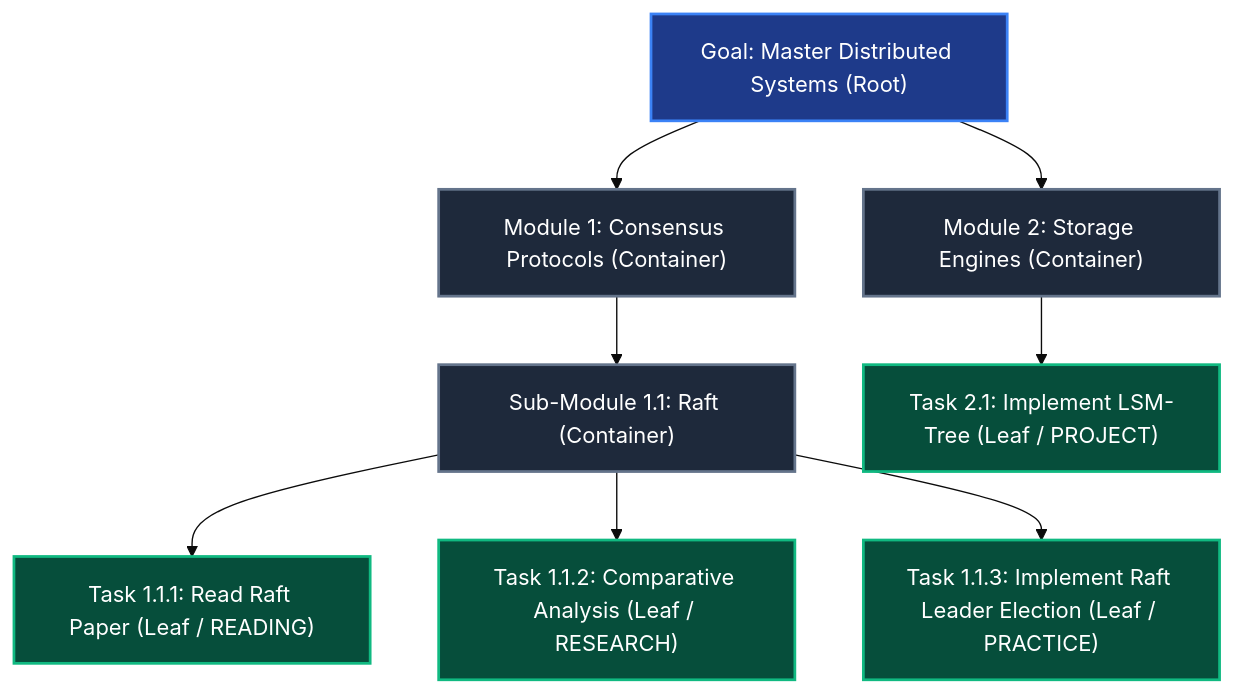
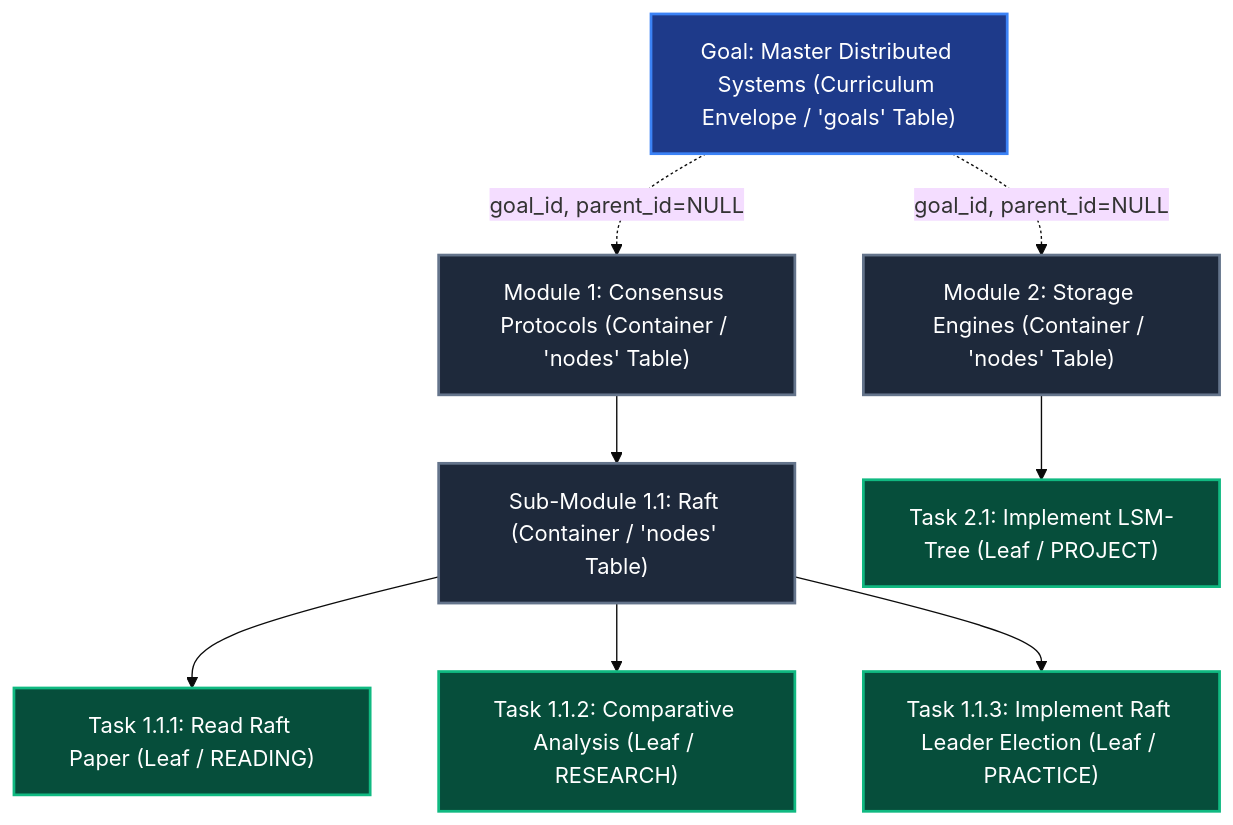
One commit to MaksymKorniienko/learning_management_system changed the second of 4 diagrams in spec/srs.md. Above: the diagram before and after it, drawn with Mermaid (base theme). The commit also changed other lines of this file and 1 other file, not shown here.

````diff
--- a/spec/srs.md
+++ b/spec/srs.md
@@ -401,28 +401,28 @@
 ```mermaid
 graph TD
-    Goal["Goal: Master Distributed Systems (Root)"]
-    Module1["Module 1: Consensus Protocols (Container)"]
-    Module2["Module 2: Storage Engines (Container)"]
-    SubMod1["Sub-Module 1.1: Raft (Container)"]
+    Goal["Goal: Master Distributed Systems (Curriculum Envelope / 'goals' Table)"]
+    Module1["Module 1: Consensus Protocols (Container / 'nodes' Table)"]
+    Module2["Module 2: Storage Engines (Container / 'nodes' Table)"]
+    SubMod1["Sub-Module 1.1: Raft (Container / 'nodes' Table)"]
     
     Task1["Task 1.1.1: Read Raft Paper (Leaf / READING)"]
     Task2["Task 1.1.2: Comparative Analysis (Leaf / RESEARCH)"]
     Task3["Task 1.1.3: Implement Raft Leader Election (Leaf / PRACTICE)"]
     Task4["Task 2.1: Implement LSM-Tree (Leaf / PROJECT)"]
 
-    Goal --> Module1
-    Goal --> Module2
+    Goal -.->|goal_id, parent_id=NULL| Module1
+    Goal -.->|goal_id, parent_id=NULL| Module2
     Module1 --> SubMod1
     SubMod1 --> Task1
     SubMod1 --> Task2
     SubMod1 --> Task3
     Module2 --> Task4
 
     classDef goal fill:#1e3a8a,stroke:#3b82f6,stroke-width:2px,color:#fff;
     classDef module fill:#1e293b,stroke:#64748b,stroke-width:2px,color:#fff;
     classDef task fill:#064e3b,stroke:#10b981,stroke-width:2px,color:#fff;
 
     class Goal goal;
     class Module1,Module2,SubMod1 module;
     class Task1,Task2,Task3,Task4 task;
 ```
````
